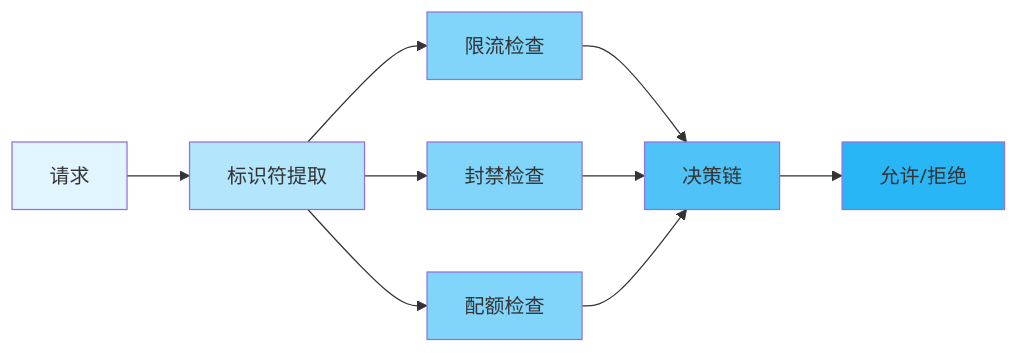
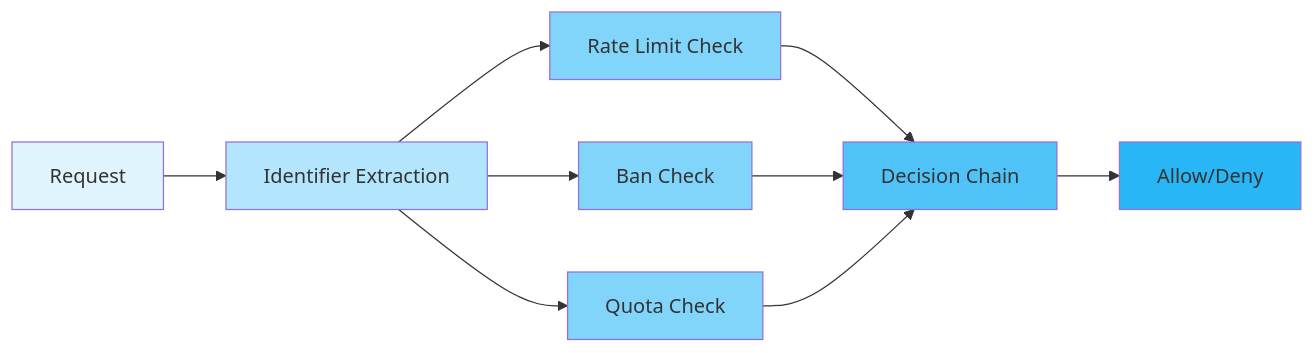
One commit to Kirky-X/limiteron changed the first of 3 diagrams in README_EN.md. Above: the diagram before and after it, drawn with Mermaid. The commit also changed other lines of this file and 1 other file, not shown here.

````diff
--- a/README_EN.md
+++ b/README_EN.md
@@ -96,19 +96,19 @@
 ```mermaid
 graph LR
-    A[请求] --> B[标识符提取]
-    B --> C[限流检查]
-    B --> D[封禁检查]
-    B --> E[配额检查]
-    C --> F[决策链]
+    A[Request] --> B[Identifier Extraction]
+    B --> C[Rate Limit Check]
+    B --> D[Ban Check]
+    B --> E[Quota Check]
+    C --> F[Decision Chain]
     D --> F
     E --> F
-    F --> G[允许/拒绝]
+    F --> G[Allow/Deny]
 
     style A fill:#e1f5ff
     style B fill:#b3e5fc
     style C fill:#81d4fa
     style D fill:#81d4fa
     style E fill:#81d4fa
     style F fill:#4fc3f7
     style G fill:#29b6f6
 ```
````
